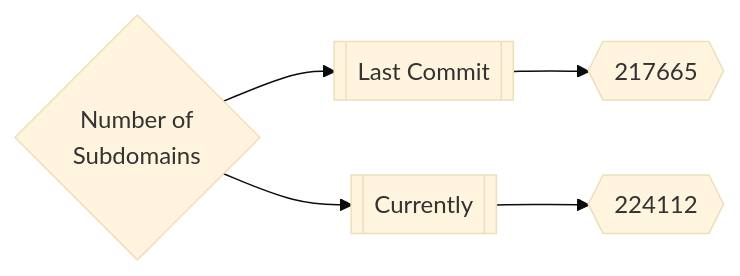
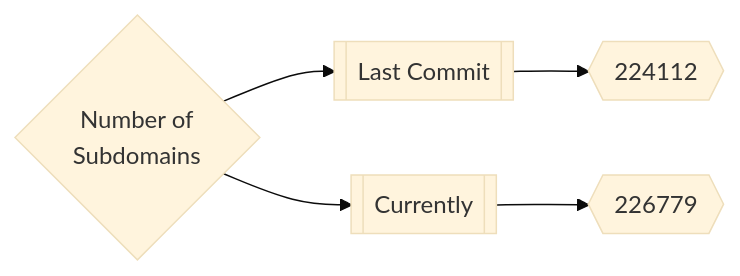
Before and after one commit to trickest/inventory: the first of 3 diagrams in README.md, drawn with Mermaid (base theme). The commit also changed other lines of this file and 98 other files, not shown here.

````diff
--- a/README.md
+++ b/README.md
@@ -165,5 +165,5 @@
 ```mermaid
 graph LR
-title{Number of<br>Subdomains} --> subdomainsDate1[[Last Commit]] --> subdomainsNum1{{217665}}
-title --> subdomainsDate2[[Currently]] --> subdomainsNum2{{224112}}
+title{Number of<br>Subdomains} --> subdomainsDate1[[Last Commit]] --> subdomainsNum1{{224112}}
+title --> subdomainsDate2[[Currently]] --> subdomainsNum2{{226779}}
 ```
````
